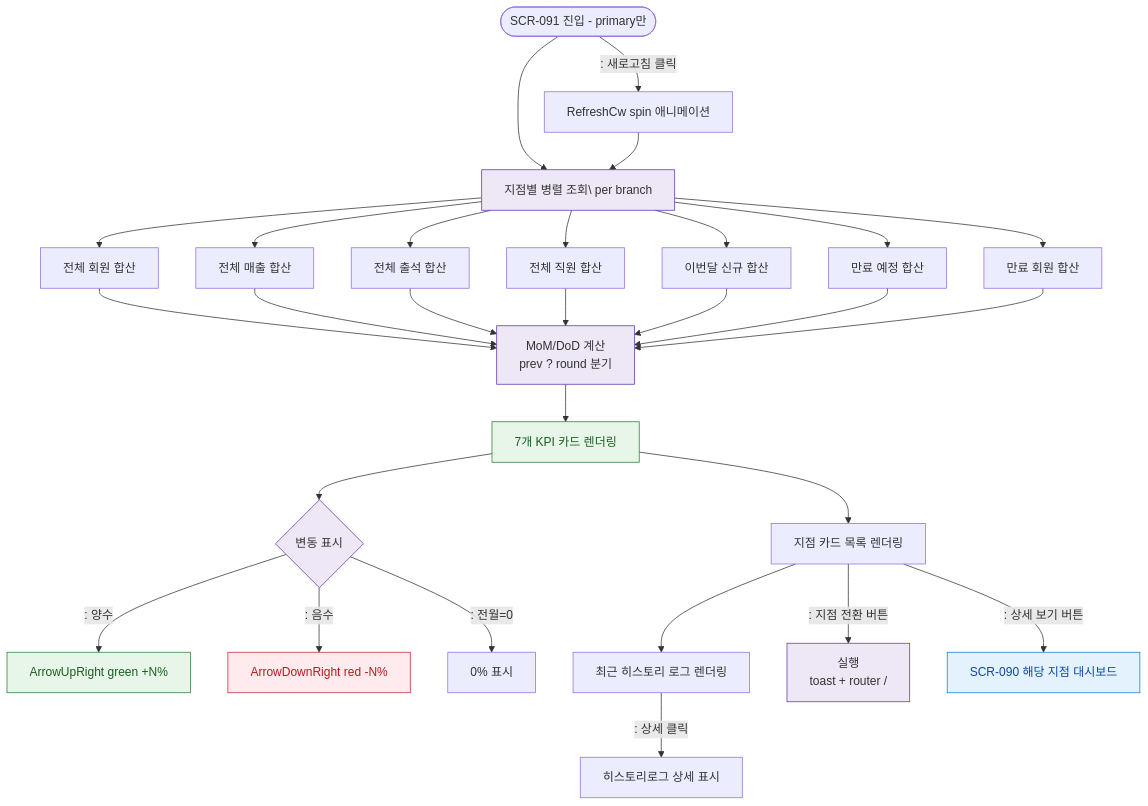
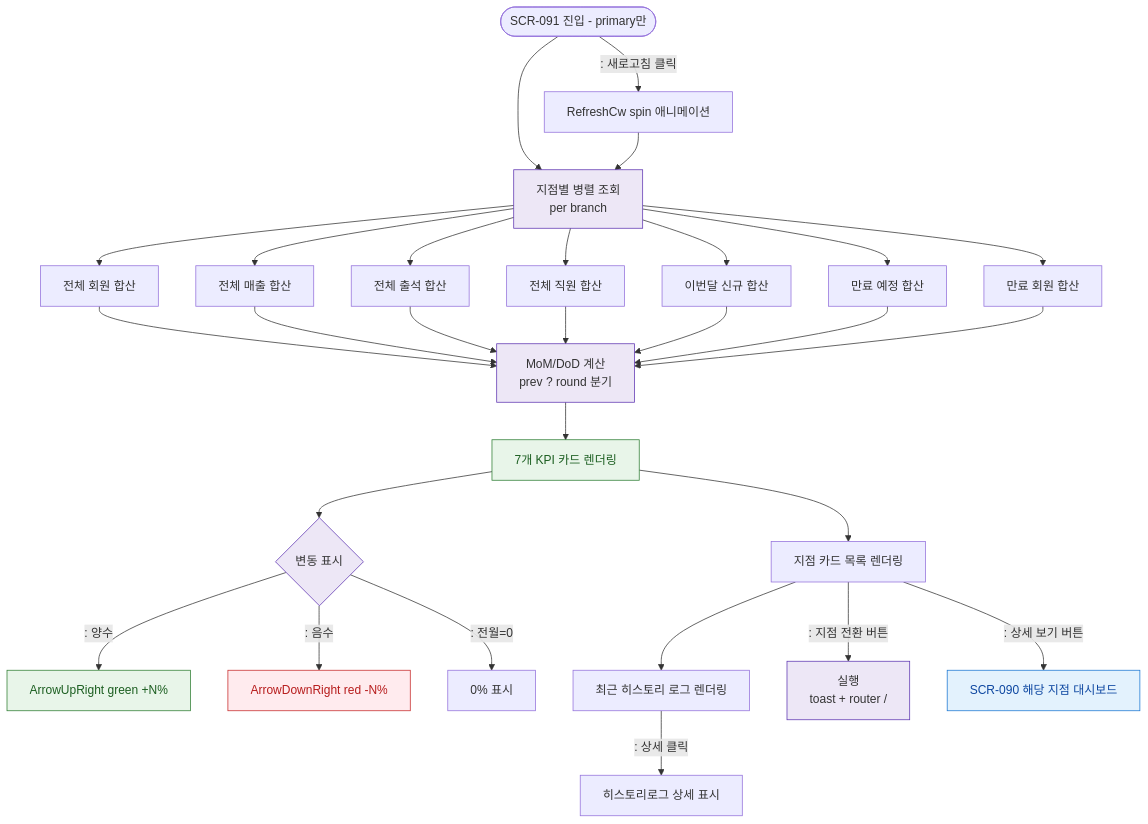
One commit to dev-spogym/admin-pando changed the diagram in docs/admin/다이어그램/D10_본사관리/SCR-091_슈퍼대시보드/F2_메인.md. Above: the diagram before and after it, drawn with Mermaid. The commit also changed 369 other files, not shown here.

````diff
--- a/docs/admin/다이어그램/D10_본사관리/SCR-091_슈퍼대시보드/F2_메인.md
+++ b/docs/admin/다이어그램/D10_본사관리/SCR-091_슈퍼대시보드/F2_메인.md
@@ -12,41 +12,41 @@
 ```mermaid
 flowchart TD
-  Start([SCR-091 진입 - primary만]) --> ParallelLoad[지점별 병렬 조회\ per branch]
+  Start([SCR-091 진입 - primary만]) --> ParallelLoad[지점별 병렬 조회<br/> per branch]
 
   ParallelLoad --> KPI1[전체 회원 합산]
   ParallelLoad --> KPI2[전체 매출 합산]
   ParallelLoad --> KPI3[전체 출석 합산]
   ParallelLoad --> KPI4[전체 직원 합산]
   ParallelLoad --> KPI5[이번달 신규 합산]
   ParallelLoad --> KPI6[만료 예정 합산]
   ParallelLoad --> KPI7[만료 회원 합산]
 
   KPI1 & KPI2 & KPI3 & KPI4 & KPI5 & KPI6 & KPI7 --> MoMCalc[MoM/DoD 계산\nprev ? round 분기]
 
   MoMCalc --> KPICards[7개 KPI 카드 렌더링]
   KPICards --> MoMDisplay{변동 표시}
   MoMDisplay -->|": 양수"|ArrowUp[ArrowUpRight green +N%]
   MoMDisplay -->|": 음수"|ArrowDown[ArrowDownRight red -N%]
   MoMDisplay -->|": 전월=0"|Zero[0% 표시]
 
   KPICards --> BranchCards[지점 카드 목록 렌더링]
   BranchCards --> AuditLog[최근 히스토리 로그 렌더링]
 
   BranchCards -->|": 지점 전환 버튼"|SwitchBranch[실행\ntoast + router /]
   BranchCards -->|": 상세 보기 버튼"|SCR_090[SCR-090 해당 지점 대시보드]
 
   AuditLog -->|": 상세 클릭"|AuditDetail[히스토리로그 상세 표시]
 
   Start -->|": 새로고침 클릭"|RefreshSpin[RefreshCw spin 애니메이션]
   RefreshSpin --> ParallelLoad
 
   classDef screen fill:#E3F2FD,stroke:#1976D2,color:#0D47A1
   classDef system fill:#EDE7F6,stroke:#5E35B2
   classDef success fill:#E8F5E9,stroke:#2E7D32,color:#1B5E20
   classDef error fill:#FFEBEE,stroke:#C62828,color:#B71C1C
 
   class SCR_090 screen
   class ParallelLoad,MoMCalc,MoMDisplay,SwitchBranch system
   class ArrowUp,KPICards success
   class ArrowDown error
 ```
````
